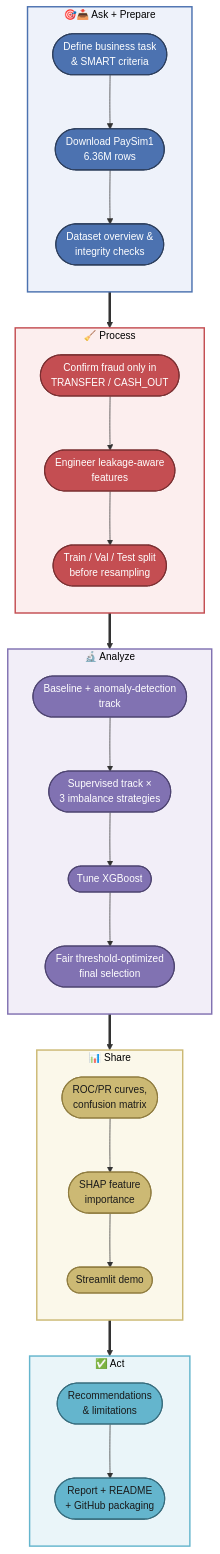
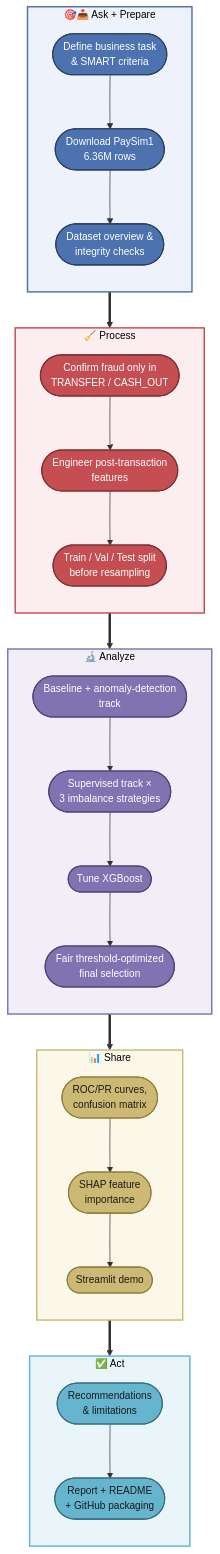
One commit to Sudharshan205-Proj/fraud-detection-system changed the second of 8 diagrams in Fraud_Detection_Report.md. Above: the diagram before and after it, drawn with Mermaid. The commit also changed other lines of this file and 15 other files, not shown here.

````diff
--- a/Fraud_Detection_Report.md
+++ b/Fraud_Detection_Report.md
@@ -125,55 +125,55 @@
 ```mermaid
 %%{init: {"flowchart": {"curve": "basis"}, "themeVariables": {"fontSize": "14px"}}}%%
 flowchart TD
     subgraph P1["🎯📥 Ask + Prepare"]
         direction TB
         A1(["Define business task<br/>& SMART criteria"]) --> A2(["Download PaySim1<br/>6.36M rows"])
         A2 --> A3(["Dataset overview &<br/>integrity checks"])
     end
 
     subgraph P2["🧹 Process"]
         direction TB
-        B1(["Confirm fraud only in<br/>TRANSFER / CASH_OUT"]) --> B2(["Engineer leakage-aware<br/>features"])
+        B1(["Confirm fraud only in<br/>TRANSFER / CASH_OUT"]) --> B2(["Engineer post-transaction<br/>features"])
         B2 --> B3(["Train / Val / Test split<br/>before resampling"])
     end
 
     subgraph P3["🔬 Analyze"]
         direction TB
         C1(["Baseline + anomaly-detection<br/>track"]) --> C2(["Supervised track ×<br/>3 imbalance strategies"])
         C2 --> C3(["Tune XGBoost"]) --> C4(["Fair threshold-optimized<br/>final selection"])
     end
 
     subgraph P4["📊 Share"]
         direction TB
         D1(["ROC/PR curves,<br/>confusion matrix"]) --> D2(["SHAP feature<br/>importance"])
         D2 --> D3(["Streamlit demo"])
     end
 
     subgraph P5["✅ Act"]
         direction TB
         E1(["Recommendations<br/>& limitations"]) --> E2(["Report + README<br/>+ GitHub packaging"])
     end
 
     P1 ==> P2
     P2 ==> P3
     P3 ==> P4
     P4 ==> P5
 
     classDef askprepare fill:#4C72B0,color:#ffffff,stroke:#2c3e5c,stroke-width:1.5px,rx:8,ry:8
     classDef process    fill:#C44E52,color:#ffffff,stroke:#7a2f31,stroke-width:1.5px,rx:8,ry:8
     classDef analyze    fill:#8172B2,color:#ffffff,stroke:#4d4370,stroke-width:1.5px,rx:8,ry:8
     classDef share      fill:#CCB974,color:#1a1a1a,stroke:#8f7c3f,stroke-width:1.5px,rx:8,ry:8
     classDef act        fill:#64B5CD,color:#1a1a1a,stroke:#376c7d,stroke-width:1.5px,rx:8,ry:8
 
     class A1,A2,A3 askprepare
     class B1,B2,B3 process
     class C1,C2,C3,C4 analyze
     class D1,D2,D3 share
     class E1,E2 act
 
     style P1 fill:#eef2fa,stroke:#4C72B0,stroke-width:2px, color:#000000
     style P2 fill:#fceeee,stroke:#C44E52,stroke-width:2px, color:#000000
     style P3 fill:#f2eef8,stroke:#8172B2,stroke-width:2px, color:#000000
     style P4 fill:#fbf8ea,stroke:#CCB974,stroke-width:2px, color:#000000
     style P5 fill:#eaf5f9,stroke:#64B5CD,stroke-width:2px, color:#000000
 ```
````
